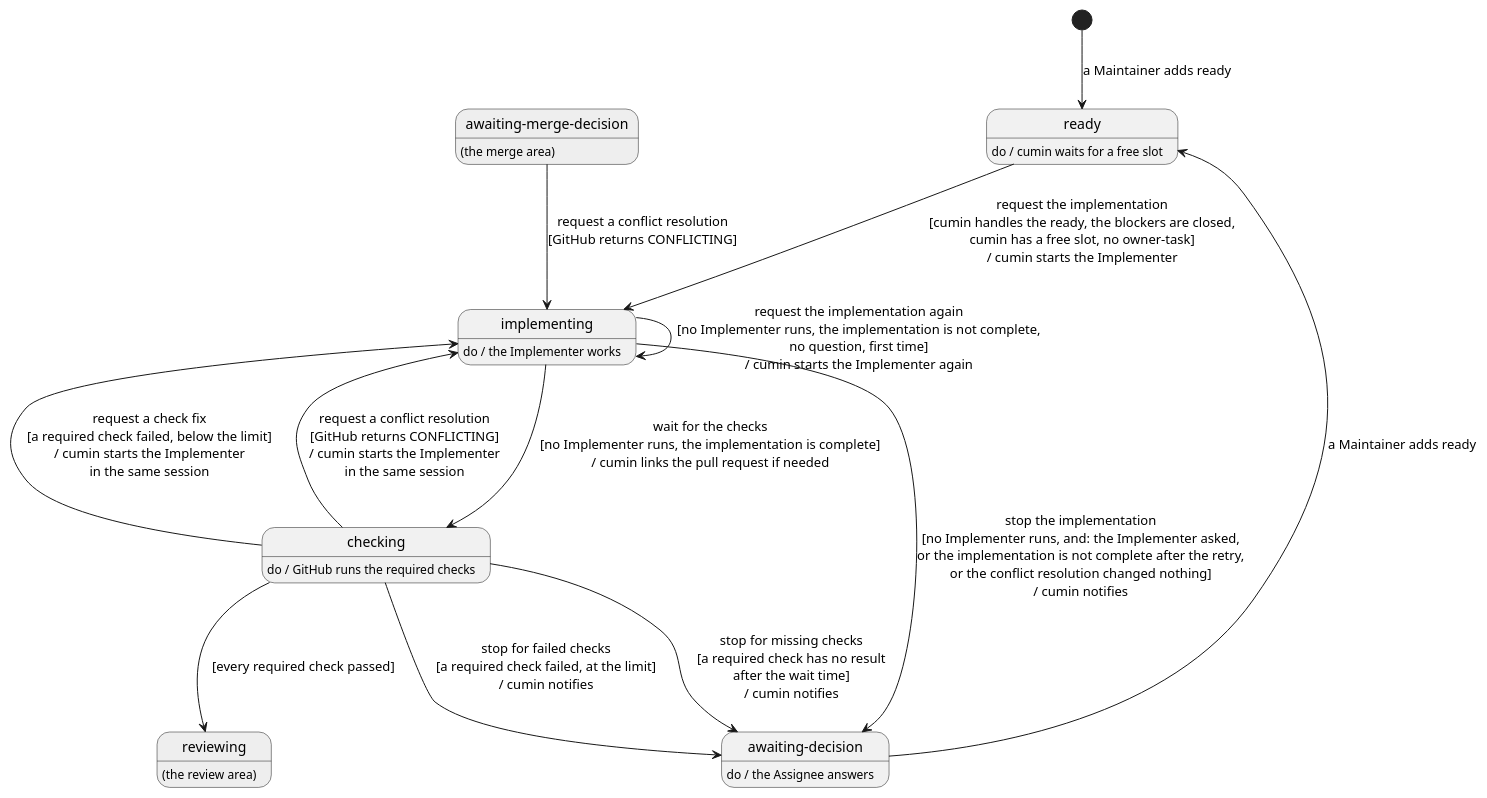
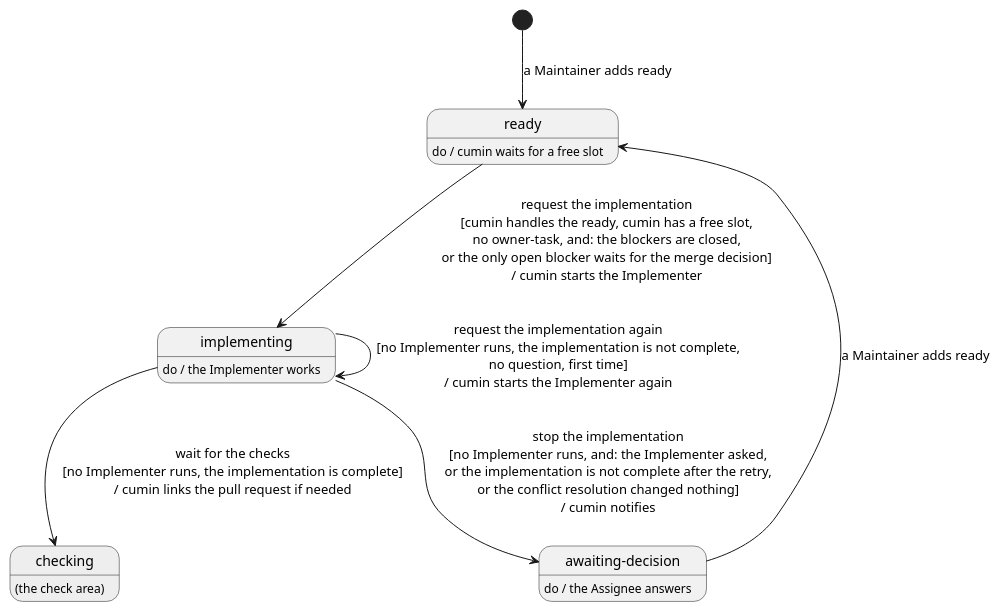
Before and after one commit to cloveclovedev/cumin-works: the diagram in docs/ja/requirements/impl/overview.puml, drawn with PlantUML. The commit also changed 11 other files, not shown here.

First line of the commit message:
docs(requirements): move the check stage into a new CHECK area

```diff
--- a/docs/ja/requirements/impl/overview.puml
+++ b/docs/ja/requirements/impl/overview.puml
@@ -1,40 +1,28 @@
 @startuml overview
 ' cumin-works - the states of an implementation issue in the implementation stage.
 ' A state is a label on GitHub, written without "cumin/status/". "do /" says who works in the state.
 ' A transition is written: action [guard] / what cumin does. A gray state belongs to another area.
 ' Render: run scripts/render-diagrams.sh at the root of the repository.
 
 hide empty description
 
 state "ready" as Ready
 Ready : do / cumin waits for a free slot
 
 state "implementing" as Implementing
 Implementing : do / the Implementer works
 
-state "checking" as Checking
-Checking : do / GitHub runs the required checks
+state "checking" as Checking #EEEEEE
+Checking : (the check area)
 
 state "awaiting-decision" as Decision
 Decision : do / the Assignee answers
 
-state "reviewing" as Reviewing #EEEEEE
-Reviewing : (the review area)
-
-state "awaiting-merge-decision" as MergeDecision #EEEEEE
-MergeDecision : (the merge area)
-
 [*] --> Ready : a Maintainer adds ready
-Ready --> Implementing : request the implementation\n[cumin handles the ready, the blockers are closed,\ncumin has a free slot, no owner-task]\n/ cumin starts the Implementer
+Ready --> Implementing : request the implementation\n[cumin handles the ready, cumin has a free slot,\nno owner-task, and: the blockers are closed,\nor the only open blocker waits for the merge decision]\n/ cumin starts the Implementer
 Implementing --> Checking : wait for the checks\n[no Implementer runs, the implementation is complete]\n/ cumin links the pull request if needed
 Implementing --> Implementing : request the implementation again\n[no Implementer runs, the implementation is not complete,\nno question, first time]\n/ cumin starts the Implementer again
 Implementing --> Decision : stop the implementation\n[no Implementer runs, and: the Implementer asked,\nor the implementation is not complete after the retry,\nor the conflict resolution changed nothing]\n/ cumin notifies
-Checking --> Implementing : request a check fix\n[a required check failed, below the limit]\n/ cumin starts the Implementer\nin the same session
-Checking --> Decision : stop for failed checks\n[a required check failed, at the limit]\n/ cumin notifies
-Checking --> Decision : stop for missing checks\n[a required check has no result\nafter the wait time]\n/ cumin notifies
-Checking --> Implementing : request a conflict resolution\n[GitHub returns CONFLICTING]\n/ cumin starts the Implementer\nin the same session
-MergeDecision --> Implementing : request a conflict resolution\n[GitHub returns CONFLICTING]
-Checking --> Reviewing : [every required check passed]
 Decision --> Ready : a Maintainer adds ready
 
 @enduml
```
